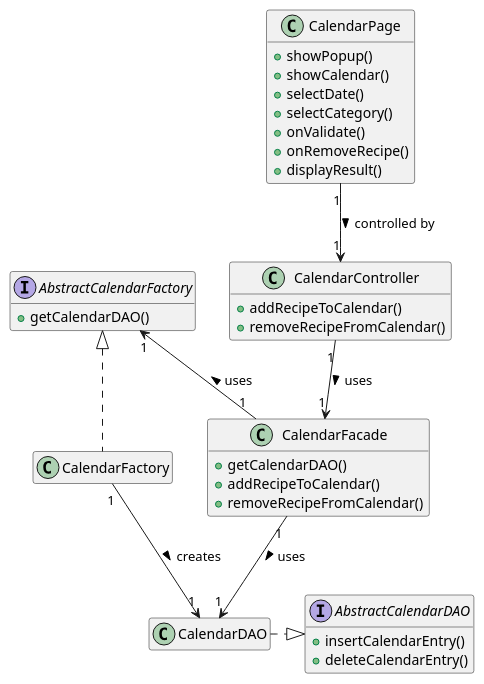
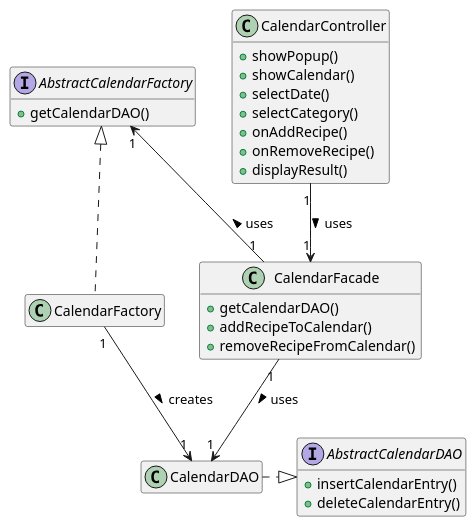
Before and after one commit to iusildra/WineCellar: the second of 2 diagrams in doc/reports/final/calendar.plantuml, drawn with PlantUML. The commit also changed other lines of this file, not shown here.

Commit message:
Removed calendarPage class

```diff
--- a/doc/reports/final/calendar.plantuml
+++ b/doc/reports/final/calendar.plantuml
@@ -58,47 +59,42 @@
 @startuml calendarClassDiagram
 hide empty members
-class CalendarPage {
+
+class CalendarController {
   + showPopup()
   + showCalendar()
   + selectDate()
   + selectCategory()
-  + onValidate()
+  + onAddRecipe()
   + onRemoveRecipe()
   + displayResult()
-}
-
-class CalendarController {
-  + addRecipeToCalendar()
-  + removeRecipeFromCalendar()
 }
 
 class CalendarFacade{
   + getCalendarDAO()
   + addRecipeToCalendar()
   + removeRecipeFromCalendar()
 }
 
 interface AbstractCalendarDAO {
   + insertCalendarEntry()
   + deleteCalendarEntry()
 }
 
 class CalendarDAO {
 }
 
 interface AbstractCalendarFactory{
   + getCalendarDAO()
 }
 
 class CalendarFactory {
 }
 
 CalendarFactory .u.|> AbstractCalendarFactory
 CalendarDAO     .r.|> AbstractCalendarDAO
 
-CalendarPage       "1" -->  "1" CalendarController: > controlled by
 CalendarController "1" -d->  "1" CalendarFacade: > uses
 CalendarFacade     "1" -l-> "1" AbstractCalendarFactory: > uses
 CalendarFactory    "1" -->  "1" CalendarDAO: > creates
 CalendarFacade     "1" --> "1" CalendarDAO: > uses
 @enduml
```
